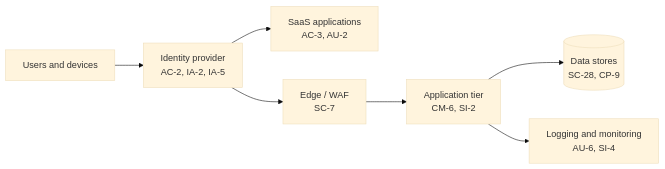
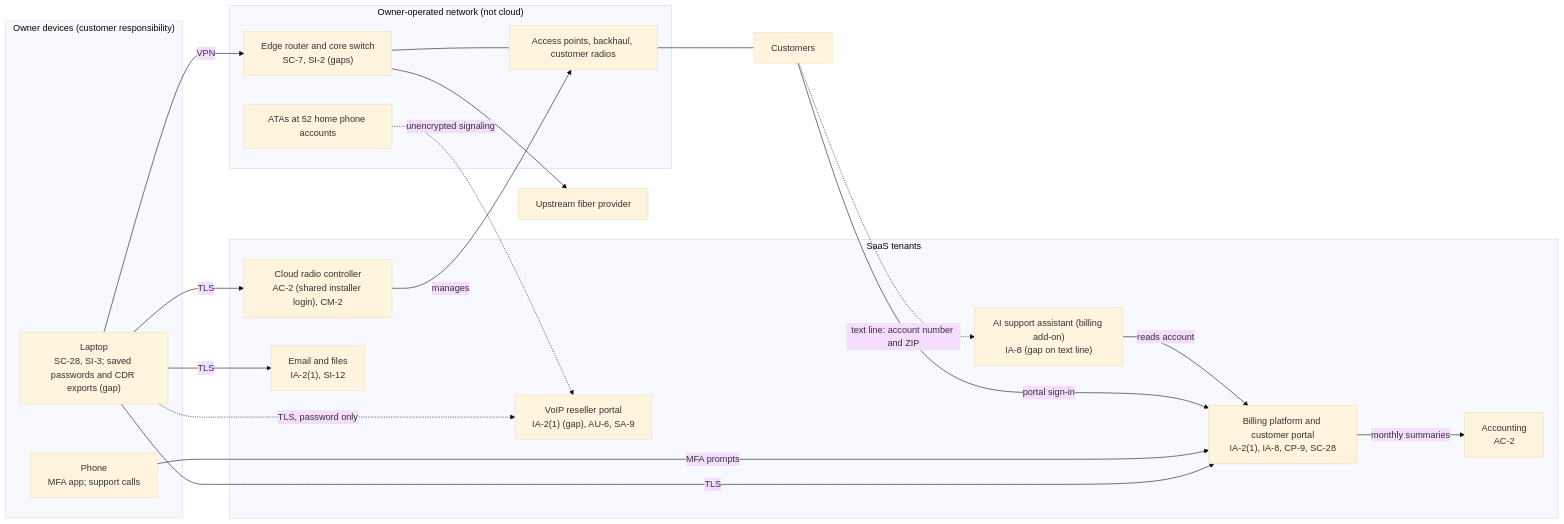
One commit to saint1415/GRC_Projects changed the diagram in 03_company-samples/information-software-media_communications-critical-infrastructure/size-1_sole-proprietor_wireless-internet-provider/step-03_P04_cloud-control-mapping/cloud-architecture.md. Above: the diagram before and after it, drawn with Mermaid (base theme). The commit also changed other lines of this file and 16 other files, not shown here.

````diff
--- a/03_company-samples/information-software-media_communications-critical-infrastructure/size-1_sole-proprietor_wireless-internet-provider/step-03_P04_cloud-control-mapping/cloud-architecture.md
+++ b/03_company-samples/information-software-media_communications-critical-infrastructure/size-1_sole-proprietor_wireless-internet-provider/step-03_P04_cloud-control-mapping/cloud-architecture.md
@@ -7,9 +9,37 @@
 ```mermaid
 flowchart LR
-  users[Users and devices] --> idp[Identity provider<br/>AC-2, IA-2, IA-5]
-  idp --> saas[SaaS applications<br/>AC-3, AU-2]
-  idp --> edge[Edge / WAF<br/>SC-7]
-  edge --> app[Application tier<br/>CM-6, SI-2]
-  app --> data[(Data stores<br/>SC-28, CP-9)]
-  app --> log[Logging and monitoring<br/>AU-6, SI-4]
+  subgraph Owner["Owner devices (customer responsibility)"]
+    L["Laptop<br/>SC-28, SI-3; saved passwords and CDR exports (gap)"]
+    P["Phone<br/>MFA app; support calls"]
+  end
+  subgraph NET["Owner-operated network (not cloud)"]
+    R["Edge router and core switch<br/>SC-7, SI-2 (gaps)"]
+    AP["Access points, backhaul, customer radios"]
+    ATA["ATAs at 52 home phone accounts"]
+  end
+  subgraph SAAS["SaaS tenants"]
+    BILL["Billing platform and customer portal<br/>IA-2(1), IA-8, CP-9, SC-28"]
+    AI["AI support assistant (billing add-on)<br/>IA-8 (gap on text line)"]
+    VOIP["VoIP reseller portal<br/>IA-2(1) (gap), AU-6, SA-9"]
+    CTRL["Cloud radio controller<br/>AC-2 (shared installer login), CM-2"]
+    MAIL["Email and files<br/>IA-2(1), SI-12"]
+    ACC["Accounting<br/>AC-2"]
+  end
+  UP["Upstream fiber provider"]
+  CUST["Customers"]
+  L -->|VPN| R
+  L -->|TLS| BILL
+  L -.->|TLS, password only| VOIP
+  L -->|TLS| CTRL
+  L -->|TLS| MAIL
+  P -->|MFA prompts| BILL
+  R --- AP
+  AP --- CUST
+  ATA -.->|unencrypted signaling| VOIP
+  R --> UP
+  CTRL -->|manages| AP
+  CUST -->|portal sign-in| BILL
+  CUST -.->|text line: account number and ZIP| AI
+  AI -->|reads account| BILL
+  BILL -->|monthly summaries| ACC
 ```
````
